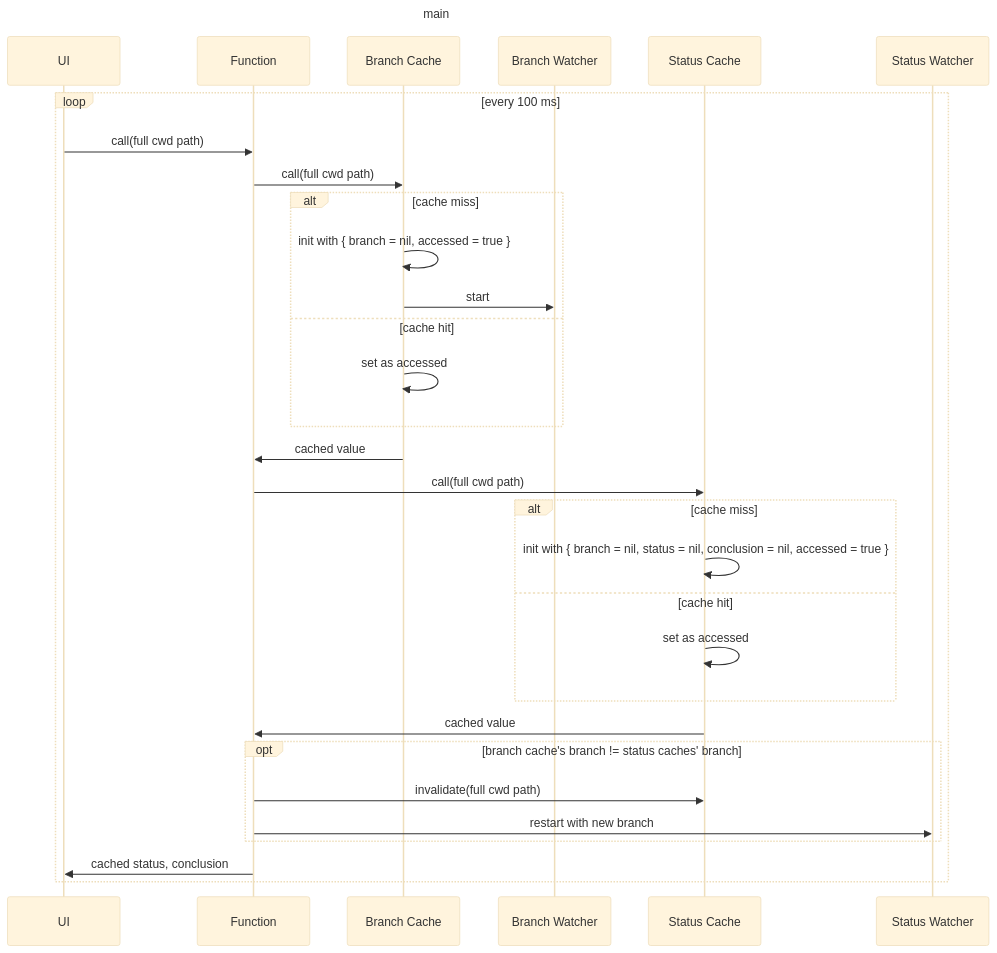
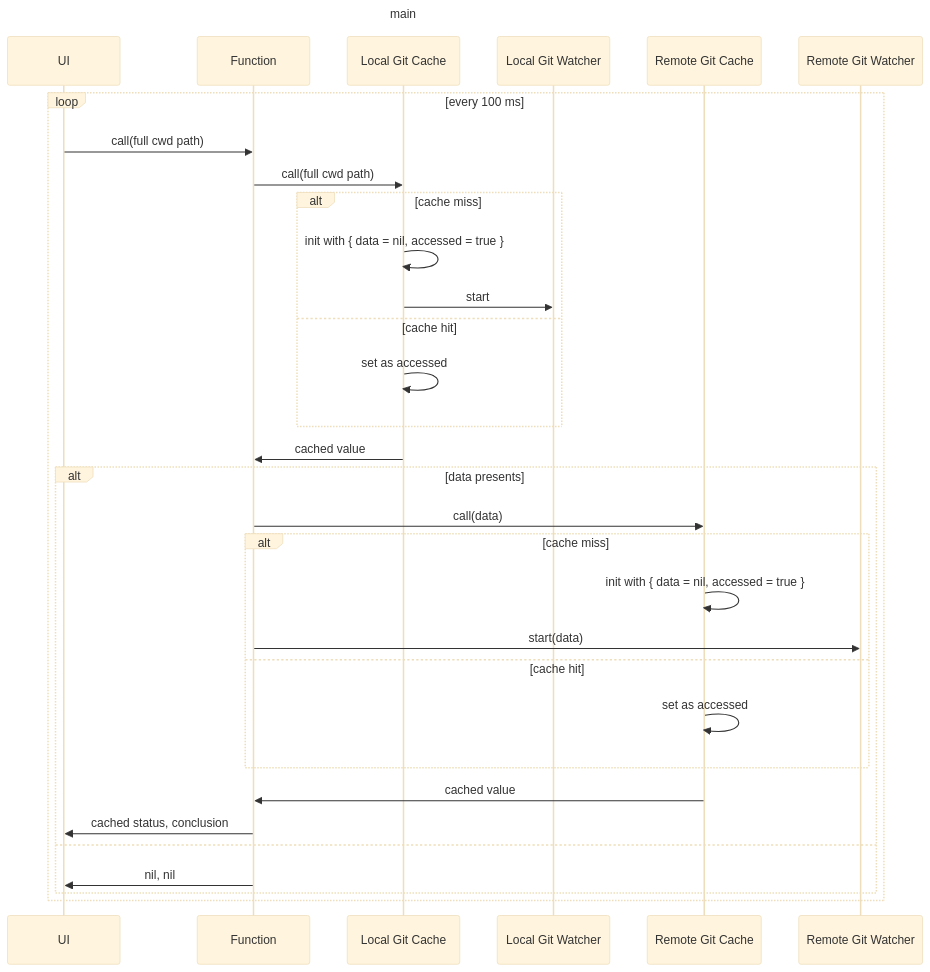
One commit to gitusp/gh-run-status.nvim changed the first of 3 diagrams in doc/sequence.md. Above: the diagram before and after it, drawn with Mermaid (base theme). The commit also changed other lines of this file, not shown here.

Commit message:
Update sequence

````diff
--- a/doc/sequence.md
+++ b/doc/sequence.md
@@ -1,32 +1,31 @@
 ```mermaid
 ---
 title: main
 ---
 sequenceDiagram
     loop every 100 ms
         UI->>Function: call(full cwd path)
-        Function->>Branch Cache: call(full cwd path)
+        Function->>Local Git Cache: call(full cwd path)
         alt cache miss
-            Branch Cache->>Branch Cache: init with { branch = nil, accessed = true }
-            Branch Cache->>Branch Watcher: start
+            Local Git Cache->>Local Git Cache: init with { data = nil, accessed = true }
+            Local Git Cache->>Local Git Watcher: start
         else cache hit
-            Branch Cache->>Branch Cache: set as accessed
+            Local Git Cache->>Local Git Cache: set as accessed
         end
-        Branch Cache->>Function: cached value
+        Local Git Cache->>Function: cached value
 
-        Function->>Status Cache: call(full cwd path)
-        alt cache miss
-            Status Cache->>Status Cache: init with { branch = nil, status = nil, conclusion = nil, accessed = true }
-        else cache hit
-            Status Cache->>Status Cache: set as accessed
+        alt data presents
+            Function->>Remote Git Cache: call(data)
+            alt cache miss
+                Remote Git Cache->>Remote Git Cache: init with { data = nil, accessed = true }
+                Function->>Remote Git Watcher: start(data)
+            else cache hit
+                Remote Git Cache->>Remote Git Cache: set as accessed
+            end
+            Remote Git Cache->>Function: cached value
+            Function->>UI: cached status, conclusion
+        else
+            Function->>UI: nil, nil
         end
-        Status Cache->>Function: cached value
-
-        opt branch cache's branch != status caches' branch
-            Function->>Status Cache: invalidate(full cwd path)
-            Function->>Status Watcher: restart with new branch
-        end
-
-        Function->>UI: cached status, conclusion
     end
 ```
````
